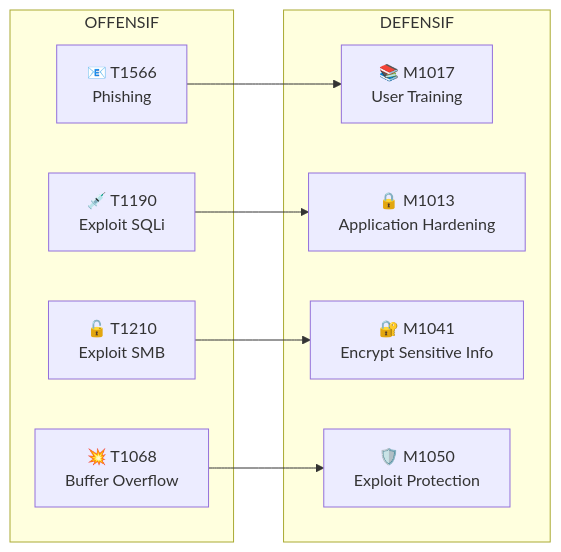
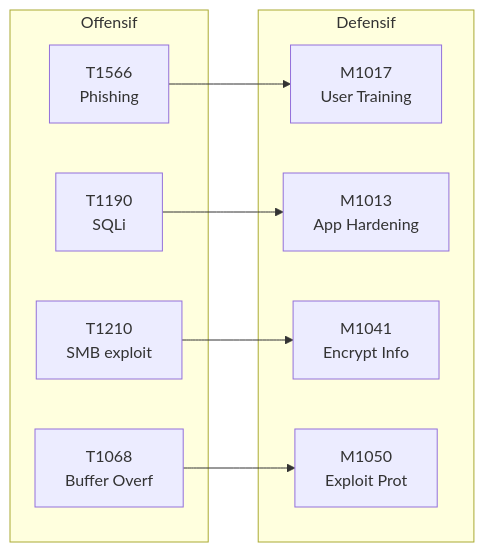
The first of 2 diagrams in JOUR-04.md (yugmerabtene/techniques-de-hacking-niveau-1), drawn with Mermaid before and after one commit. The commit also changed other lines of this file and 22 other files, not shown here.

Commit message:
v3: labs ultra-guides + HORS-SERIE agentic KillChainAgent + schemas mermaid + ATT&CK partout

````diff
--- a/JOUR-04.md
+++ b/JOUR-04.md
@@ -42,21 +29,19 @@
 ```mermaid
 flowchart LR
-    subgraph OFFENSIF
-        T1566["📧 T1566<br/>Phishing"]
-        T1190["💉 T1190<br/>Exploit SQLi"]
-        T1210["🔓 T1210<br/>Exploit SMB"]
-        T1068["💥 T1068<br/>Buffer Overflow"]
+    subgraph OFFENSIF["Offensif"]
+        T1566["T1566<br/>Phishing"]
+        T1190["T1190<br/>SQLi"]
+        T1210["T1210<br/>SMB exploit"]
+        T1068["T1068<br/>Buffer Overf"]
     end
-    
-    subgraph DEFENSIF
-        M1017["📚 M1017<br/>User Training"]
-        M1013["🔒 M1013<br/>Application Hardening"]
-        M1041["🔐 M1041<br/>Encrypt Sensitive Info"]
-        M1050["🛡️ M1050<br/>Exploit Protection"]
+    subgraph DEFENSIF["Defensif"]
+        M1017["M1017<br/>User Training"]
+        M1013["M1013<br/>App Hardening"]
+        M1041["M1041<br/>Encrypt Info"]
+        M1050["M1050<br/>Exploit Prot"]
     end
-    
     T1566 --> M1017
     T1190 --> M1013
     T1210 --> M1041
     T1068 --> M1050
 ```
````
